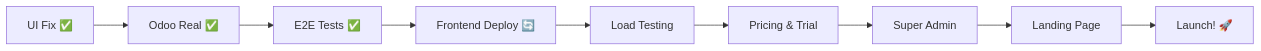
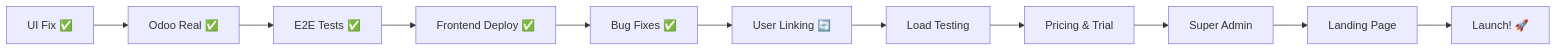
Before and after one commit to scubapro711/dental-clinic-ai: the diagram in docs/phases/PHASE_3_UNIFIED_WORKING_PLAN.md, drawn with Mermaid. The commit also changed other lines of this file, not shown here.

First line of the commit message:
docs(phase3): Update with critical fixes and current status v25.2.0

````diff
--- a/docs/phases/PHASE_3_UNIFIED_WORKING_PLAN.md
+++ b/docs/phases/PHASE_3_UNIFIED_WORKING_PLAN.md
@@ -120,11 +182,13 @@
 ```mermaid
 graph LR
     A[UI Fix ✅] --> B[Odoo Real ✅]
     B --> C[E2E Tests ✅]
-    C --> D[Frontend Deploy 🔄]
-    D --> E[Load Testing]
-    E --> F[Pricing & Trial]
-    F --> G[Super Admin]
-    G --> H[Landing Page]
-    H --> I[Launch! 🚀]
+    C --> D[Frontend Deploy ✅]
+    D --> E[Bug Fixes ✅]
+    E --> F[User Linking 🔄]
+    F --> G[Load Testing]
+    G --> H[Pricing & Trial]
+    H --> I[Super Admin]
+    I --> J[Landing Page]
+    J --> K[Launch! 🚀]
 ```
````
